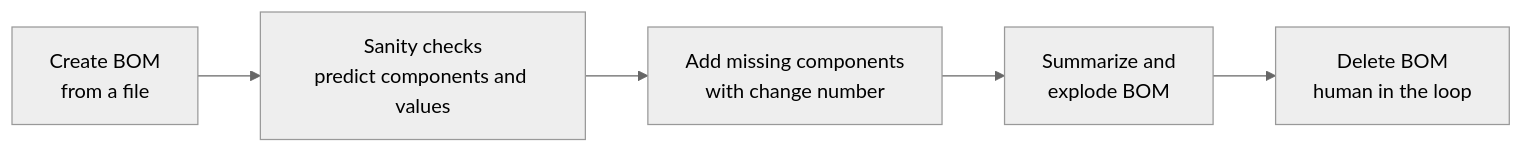
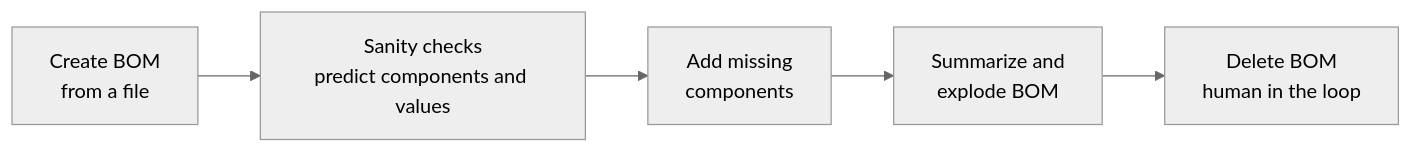
One commit to SAP-samples/teched2026-AS262 changed the diagram in exercises/pso/ex0/README.md. Above: the diagram before and after it, drawn with Mermaid (neutral theme). The commit also changed other lines of this file and 1 other file, not shown here.

Commit message:
no ecn usage + prompt or quick reply

````diff
--- a/exercises/pso/ex0/README.md
+++ b/exercises/pso/ex0/README.md
@@ -38,7 +38,7 @@
 ```mermaid
 flowchart LR
   A[Create BOM<br/>from a file] --> B[Sanity checks<br/>predict components and values]
-  B --> C[Add missing components<br/>with change number]
+  B --> C[Add missing<br/>components]
   C --> D[Summarize and<br/>explode BOM]
   D --> E[Delete BOM<br/>human in the loop]
 ```
````
